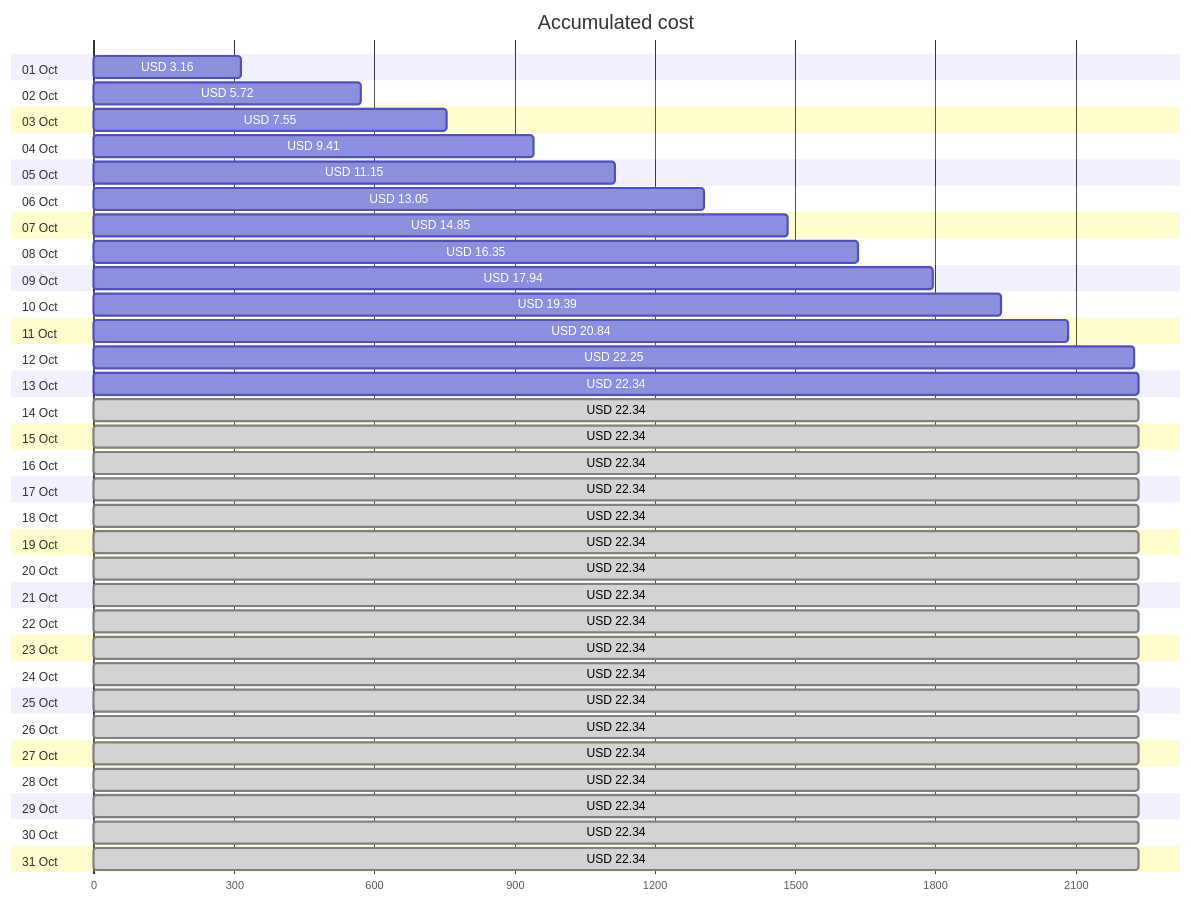
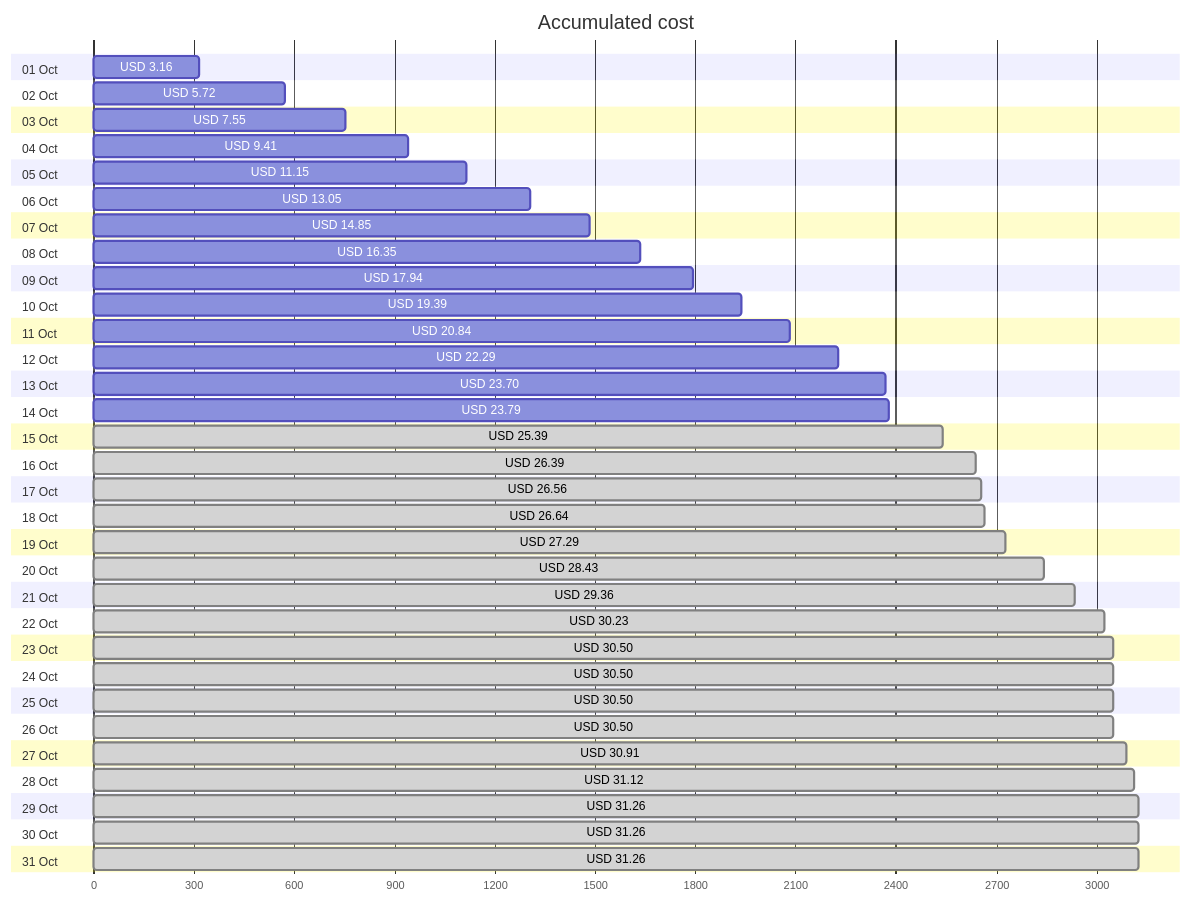
Before and after one commit to jpfulton/azure-personal-reports: the first of 4 diagrams in cost-reports/personal-network/README.md, drawn with Mermaid. The commit also changed other lines of this file and 8 other files, not shown here.

````diff
--- a/cost-reports/personal-network/README.md
+++ b/cost-reports/personal-network/README.md
@@ -20,68 +20,68 @@
 ```mermaid
 gantt
    title Accumulated cost
    dateFormat  X
    axisFormat %s
    section 01 Oct
    USD 3.16 :0, 316
    section 02 Oct
    USD 5.72 :0, 572
    section 03 Oct
    USD 7.55 :0, 755
    section 04 Oct
    USD 9.41 :0, 941
    section 05 Oct
    USD 11.15 :0, 1115
    section 06 Oct
    USD 13.05 :0, 1305
    section 07 Oct
    USD 14.85 :0, 1485
    section 08 Oct
    USD 16.35 :0, 1635
    section 09 Oct
    USD 17.94 :0, 1794
    section 10 Oct
    USD 19.39 :0, 1939
    section 11 Oct
    USD 20.84 :0, 2084
    section 12 Oct
-   USD 22.25 :0, 2225
+   USD 22.29 :0, 2229
    section 13 Oct
-   USD 22.34 :0, 2234
+   USD 23.70 :0, 2370
    section 14 Oct
-   USD 22.34 : done, 0, 2234
+   USD 23.79 :0, 2379
    section 15 Oct
-   USD 22.34 : done, 0, 2234
+   USD 25.39 : done, 0, 2539
    section 16 Oct
-   USD 22.34 : done, 0, 2234
+   USD 26.39 : done, 0, 2639
    section 17 Oct
-   USD 22.34 : done, 0, 2234
+   USD 26.56 : done, 0, 2656
    section 18 Oct
-   USD 22.34 : done, 0, 2234
+   USD 26.64 : done, 0, 2664
    section 19 Oct
-   USD 22.34 : done, 0, 2234
+   USD 27.29 : done, 0, 2729
    section 20 Oct
-   USD 22.34 : done, 0, 2234
+   USD 28.43 : done, 0, 2843
    section 21 Oct
-   USD 22.34 : done, 0, 2234
+   USD 29.36 : done, 0, 2936
    section 22 Oct
-   USD 22.34 : done, 0, 2234
+   USD 30.23 : done, 0, 3023
    section 23 Oct
-   USD 22.34 : done, 0, 2234
+   USD 30.50 : done, 0, 3050
    section 24 Oct
-   USD 22.34 : done, 0, 2234
+   USD 30.50 : done, 0, 3050
    section 25 Oct
-   USD 22.34 : done, 0, 2234
+   USD 30.50 : done, 0, 3050
    section 26 Oct
-   USD 22.34 : done, 0, 2234
+   USD 30.50 : done, 0, 3050
    section 27 Oct
-   USD 22.34 : done, 0, 2234
+   USD 30.91 : done, 0, 3091
    section 28 Oct
-   USD 22.34 : done, 0, 2234
+   USD 31.12 : done, 0, 3112
    section 29 Oct
-   USD 22.34 : done, 0, 2234
+   USD 31.26 : done, 0, 3126
    section 30 Oct
-   USD 22.34 : done, 0, 2234
+   USD 31.26 : done, 0, 3126
    section 31 Oct
-   USD 22.34 : done, 0, 2234
+   USD 31.26 : done, 0, 3126
 ```
````
